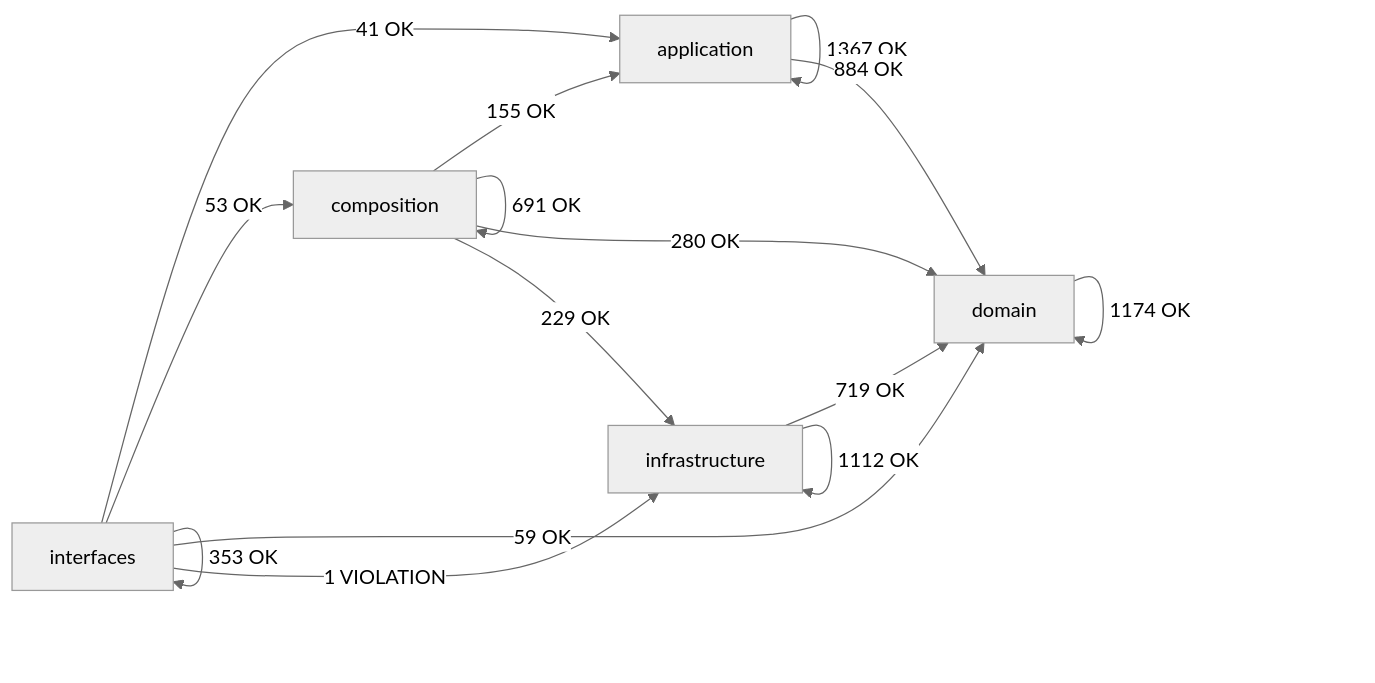
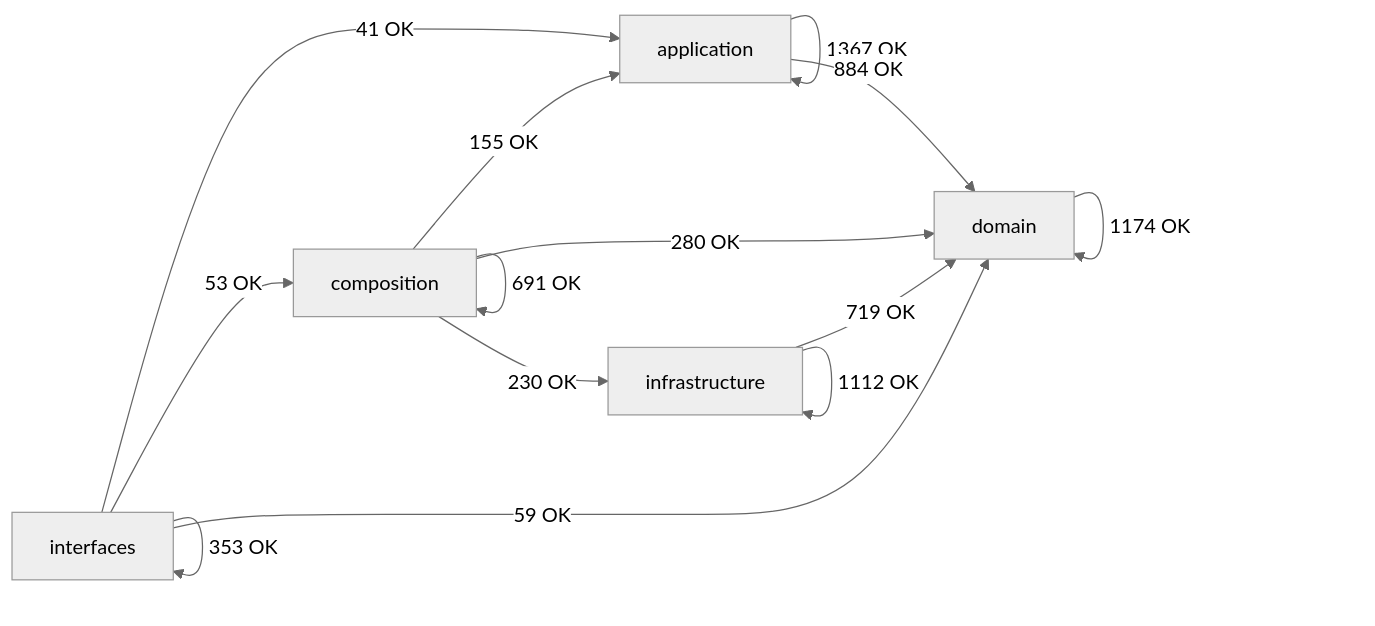
Before and after one commit to SatoryKono/BioactivityDataAcquisition: the diagram in docs/02-architecture/generated/module-dependency-map.md, drawn with Mermaid (neutral theme). The commit also changed other lines of this file and 21 other files, not shown here.

````diff
--- a/docs/02-architecture/generated/module-dependency-map.md
+++ b/docs/02-architecture/generated/module-dependency-map.md
@@ -17,22 +17,21 @@
 ```mermaid
 flowchart LR
     domain[domain]
     application[application]
     infrastructure[infrastructure]
     composition[composition]
     interfaces[interfaces]
     application -->|1367 OK| application
     application -->|884 OK| domain
     composition -->|155 OK| application
     composition -->|691 OK| composition
     composition -->|280 OK| domain
-    composition -->|229 OK| infrastructure
+    composition -->|230 OK| infrastructure
     domain -->|1174 OK| domain
     infrastructure -->|719 OK| domain
     infrastructure -->|1112 OK| infrastructure
     interfaces -->|41 OK| application
     interfaces -->|53 OK| composition
     interfaces -->|59 OK| domain
-    interfaces -->|1 VIOLATION| infrastructure
     interfaces -->|353 OK| interfaces
 ```
````
